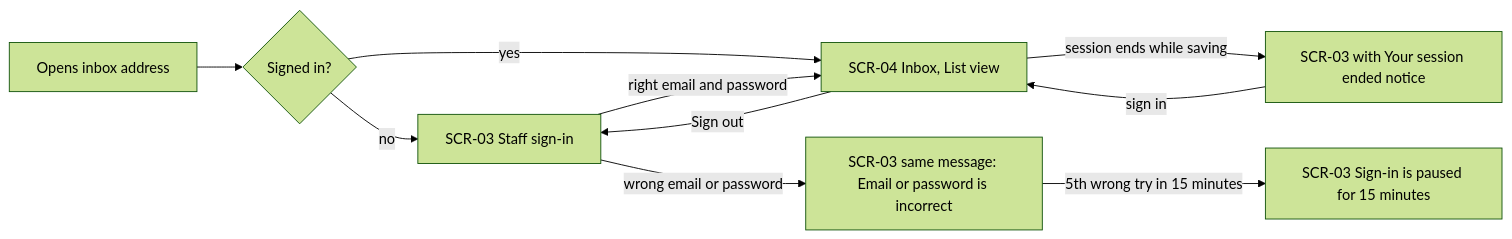
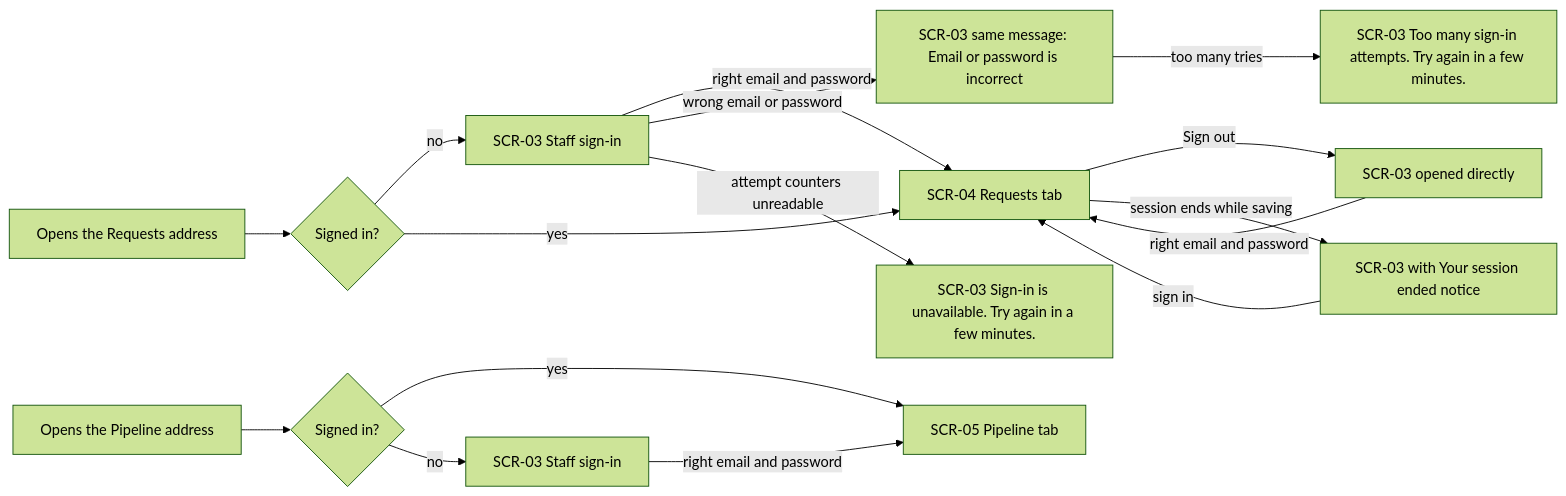
One commit to westmatty92-alt/northside-quotes changed the second of 7 diagrams in docs/user-flows.md. Above: the diagram before and after it, drawn with Mermaid (forest theme). The commit also changed other lines of this file and 83 other files, not shown here.

````diff
--- a/docs/user-flows.md
+++ b/docs/user-flows.md
@@ -58,12 +61,18 @@
 ```mermaid
 flowchart LR
-  A["Opens inbox address"] --> B{"Signed in?"}
+  A["Opens the Requests address"] --> B{"Signed in?"}
+  A2["Opens the Pipeline address"] --> B2{"Signed in?"}
   B -->|"no"| C["SCR-03 Staff sign-in"]
-  B -->|"yes"| D["SCR-04 Inbox, List view"]
+  B -->|"yes"| D["SCR-04 Requests tab"]
+  B2 -->|"yes"| P["SCR-05 Pipeline tab"]
+  B2 -->|"no"| C2["SCR-03 Staff sign-in"]
   C -->|"right email and password"| D
+  C2 -->|"right email and password"| P
+  C3["SCR-03 opened directly"] -->|"right email and password"| D
   C -->|"wrong email or password"| E["SCR-03 same message: Email or password is incorrect"]
-  E -->|"5th wrong try in 15 minutes"| F["SCR-03 Sign-in is paused for 15 minutes"]
-  D -->|"Sign out"| C
+  E -->|"too many tries"| F["SCR-03 Too many sign-in attempts. Try again in a few minutes."]
+  C -->|"attempt counters unreadable"| H["SCR-03 Sign-in is unavailable. Try again in a few minutes."]
+  D -->|"Sign out"| C3
   D -->|"session ends while saving"| G["SCR-03 with Your session ended notice"]
   G -->|"sign in"| D
 ```
````
